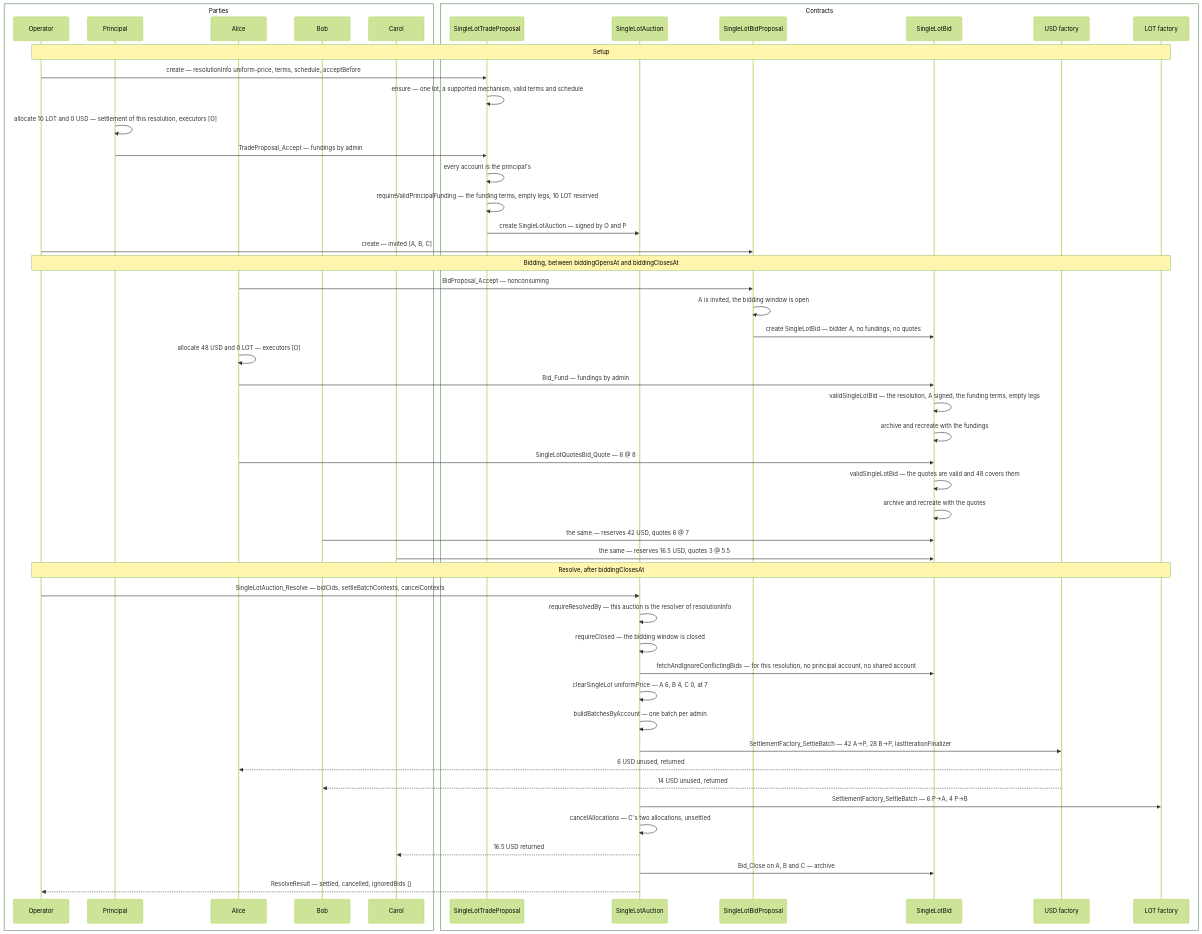
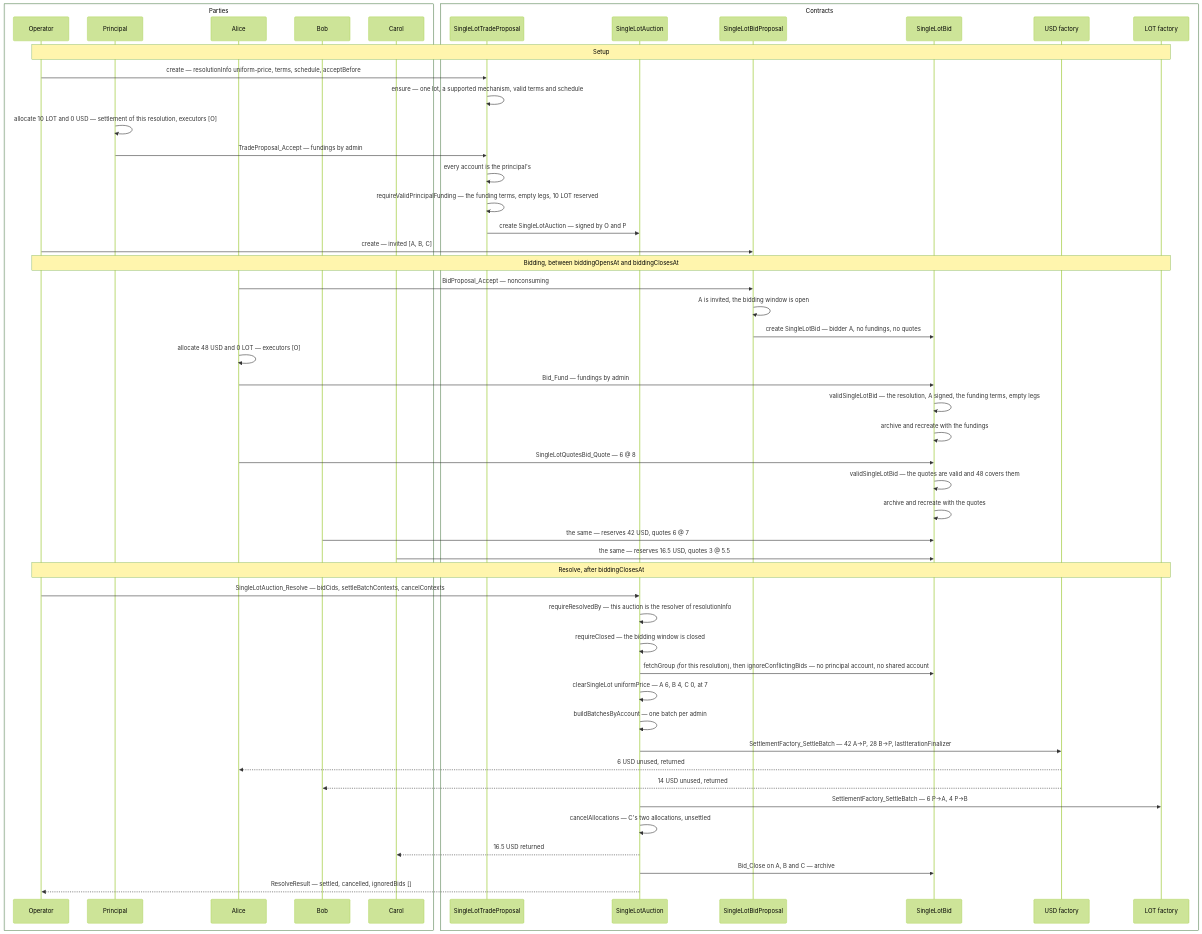
The second of 4 diagrams in examples/auctions/demo/DEMOS.md (unlockitio/concordia), drawn with Mermaid (forest theme) before and after one commit. The commit also changed other lines of this file and 23 other files, not shown here.

````diff
--- a/examples/auctions/demo/DEMOS.md
+++ b/examples/auctions/demo/DEMOS.md
@@ -80,58 +80,58 @@
 ```mermaid
 sequenceDiagram
     box Parties
         participant O as Operator
         participant P as Principal
         participant A as Alice
         participant B as Bob
         participant C as Carol
     end
     box Contracts
         participant TP as SingleLotTradeProposal
         participant AU as SingleLotAuction
         participant BP as SingleLotBidProposal
         participant BID as SingleLotBid
         participant AF as USD factory
         participant WF as LOT factory
     end
 
     Note over O,WF: Setup
     O->>TP: create — resolutionInfo uniform-price, terms, schedule, acceptBefore
     TP->>TP: ensure — one lot, a supported mechanism, valid terms and schedule
     P->>P: allocate 10 LOT and 0 USD — settlement of this resolution, executors [O]
     P->>TP: TradeProposal_Accept — fundings by admin
     TP->>TP: every account is the principal's
     TP->>TP: requireValidPrincipalFunding — the funding terms, empty legs, 10 LOT reserved
     TP->>AU: create SingleLotAuction — signed by O and P
     O->>BP: create — invited [A, B, C]
 
     Note over O,WF: Bidding, between biddingOpensAt and biddingClosesAt
     A->>BP: BidProposal_Accept — nonconsuming
     BP->>BP: A is invited, the bidding window is open
     BP->>BID: create SingleLotBid — bidder A, no fundings, no quotes
     A->>A: allocate 48 USD and 0 LOT — executors [O]
     A->>BID: Bid_Fund — fundings by admin
     BID->>BID: validSingleLotBid — the resolution, A signed, the funding terms, empty legs
     BID->>BID: archive and recreate with the fundings
     A->>BID: SingleLotQuotesBid_Quote — 6 @ 8
     BID->>BID: validSingleLotBid — the quotes are valid and 48 covers them
     BID->>BID: archive and recreate with the quotes
     B->>BID: the same — reserves 42 USD, quotes 6 @ 7
     C->>BID: the same — reserves 16.5 USD, quotes 3 @ 5.5
 
     Note over O,WF: Resolve, after biddingClosesAt
     O->>AU: SingleLotAuction_Resolve — bidCids, settleBatchContexts, cancelContexts
     AU->>AU: requireResolvedBy — this auction is the resolver of resolutionInfo
     AU->>AU: requireClosed — the bidding window is closed
-    AU->>BID: fetchAndIgnoreConflictingBids — for this resolution, no principal account, no shared account
+    AU->>BID: fetchGroup (for this resolution), then ignoreConflictingBids — no principal account, no shared account
     AU->>AU: clearSingleLot uniformPrice — A 6, B 4, C 0, at 7
     AU->>AU: buildBatchesByAccount — one batch per admin
     AU->>AF: SettlementFactory_SettleBatch — 42 A→P, 28 B→P, lastIterationFinalizer
     AF-->>A: 6 USD unused, returned
     AF-->>B: 14 USD unused, returned
     AU->>WF: SettlementFactory_SettleBatch — 6 P→A, 4 P→B
     AU->>AU: cancelAllocations — C's two allocations, unsettled
     AU-->>C: 16.5 USD returned
     AU->>BID: Bid_Close on A, B and C — archive
     AU-->>O: ResolveResult — settled, cancelled, ignoredBids []
 ```
````
